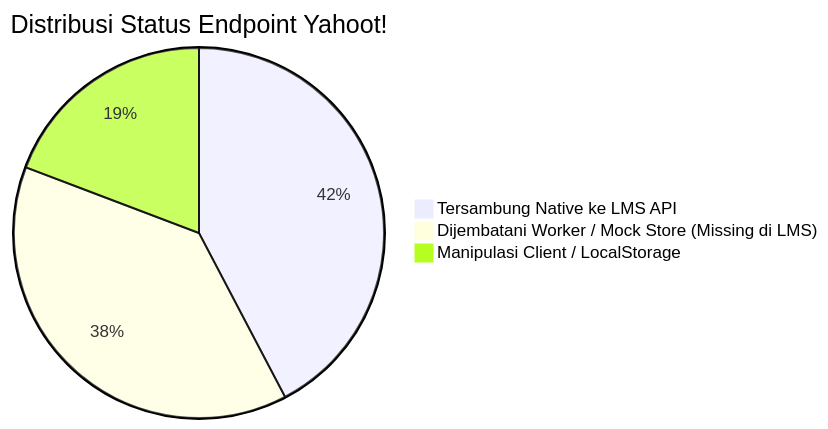
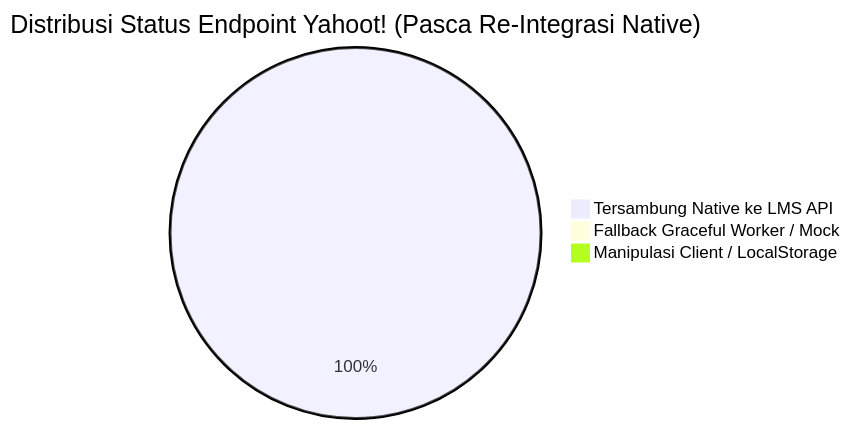
One commit to anditaurban/yahoot-quiz changed the first of 2 diagrams in docs/05-ENDPOINT-USAGE-MAP.md. Above: the diagram before and after it, drawn with Mermaid. The commit also changed other lines of this file and 1 other file, not shown here.

Commit message:
docs: update 05-ENDPOINT-USAGE-MAP and 06-BACKEND-INTEGRATION-HANDOVER with 100% completed integration status

````diff
--- a/docs/05-ENDPOINT-USAGE-MAP.md
+++ b/docs/05-ENDPOINT-USAGE-MAP.md
@@ -12,6 +12,6 @@
 ```mermaid
-pie title Distribusi Status Endpoint Yahoot!
-    "Tersambung Native ke LMS API": 11
-    "Dijembatani Worker / Mock Store (Missing di LMS)": 10
-    "Manipulasi Client / LocalStorage": 5
+pie title Distribusi Status Endpoint Yahoot! (Pasca Re-Integrasi Native)
+    "Tersambung Native ke LMS API": 37
+    "Fallback Graceful Worker / Mock": 0
+    "Manipulasi Client / LocalStorage": 0
 ```
````
